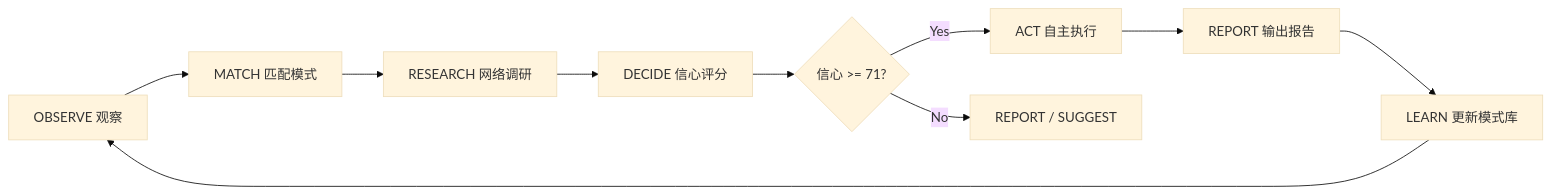
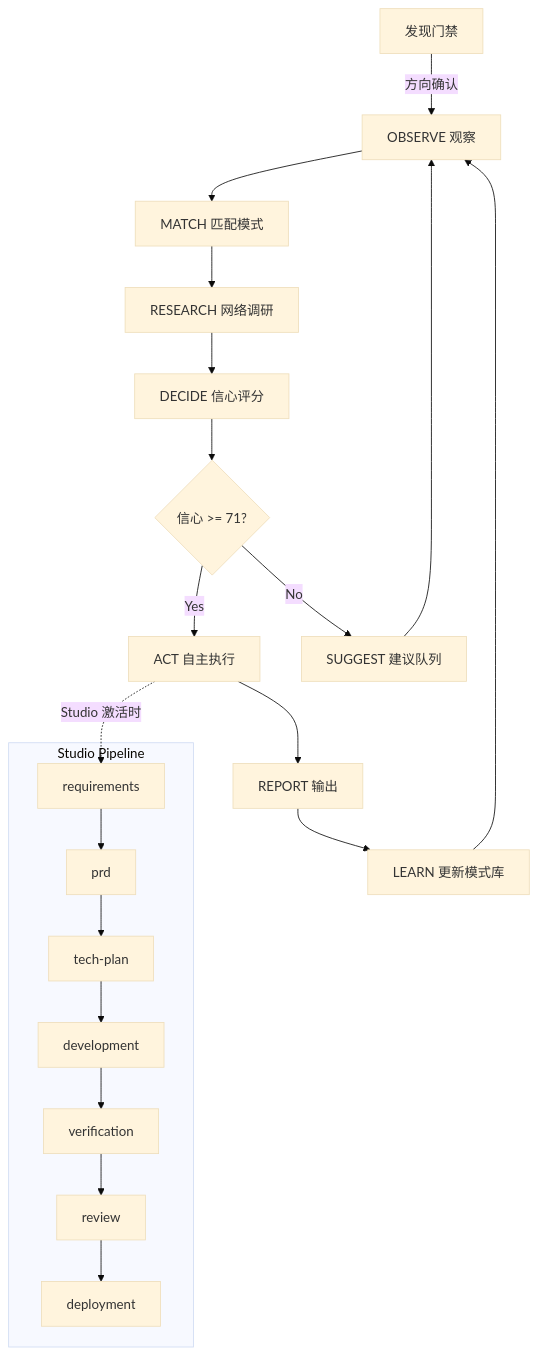
Before and after one commit to r-ayin/autonomous-studio: the diagram in README.md, drawn with Mermaid (base theme). The commit also changed other lines of this file, not shown here.

````diff
--- a/README.md
+++ b/README.md
@@ -103,12 +157,20 @@
 ```mermaid
-graph LR
-    A[OBSERVE 观察] --> B[MATCH 匹配模式]
-    B --> C[RESEARCH 网络调研]
-    C --> D[DECIDE 信心评分]
-    D --> E{信心 >= 71?}
-    E -->|Yes| F[ACT 自主执行]
-    E -->|No| G[REPORT / SUGGEST]
-    F --> H[REPORT 输出报告]
-    H --> I[LEARN 更新模式库]
-    I --> A
+graph TB
+    A[发现门禁] -->|方向确认| B[OBSERVE 观察]
+    B --> C[MATCH 匹配模式]
+    C --> D[RESEARCH 网络调研]
+    D --> E[DECIDE 信心评分]
+    E --> F{信心 >= 71?}
+    F -->|Yes| G[ACT 自主执行]
+    F -->|No| H[SUGGEST 建议队列]
+    G --> I[REPORT 输出]
+    I --> J[LEARN 更新模式库]
+    J --> B
+    H --> B
+
+    subgraph Studio Pipeline
+        K[requirements] --> L[prd] --> M[tech-plan] --> N[development] --> O[verification] --> P[review] --> Q[deployment]
+    end
+
+    G -.->|Studio 激活时| K
 ```
````
